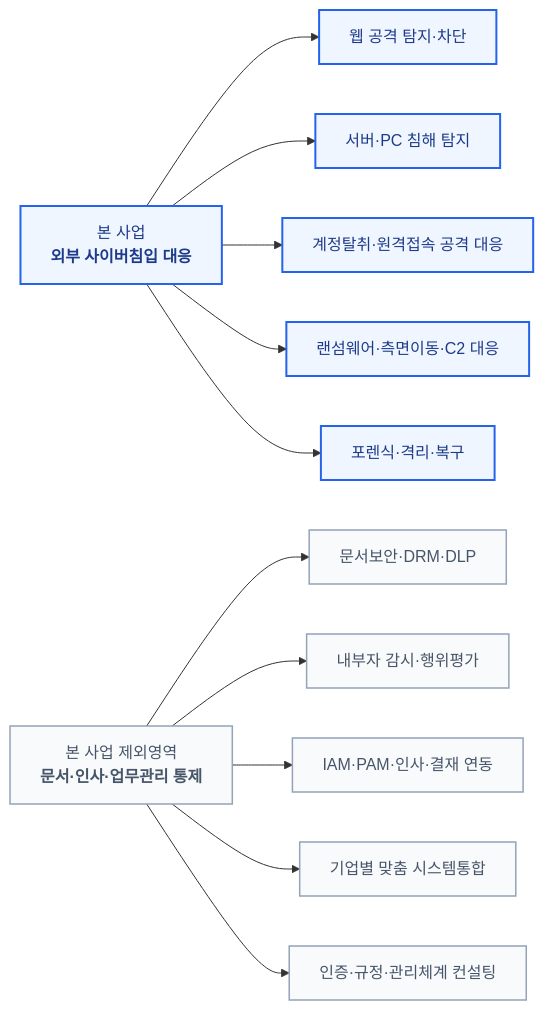
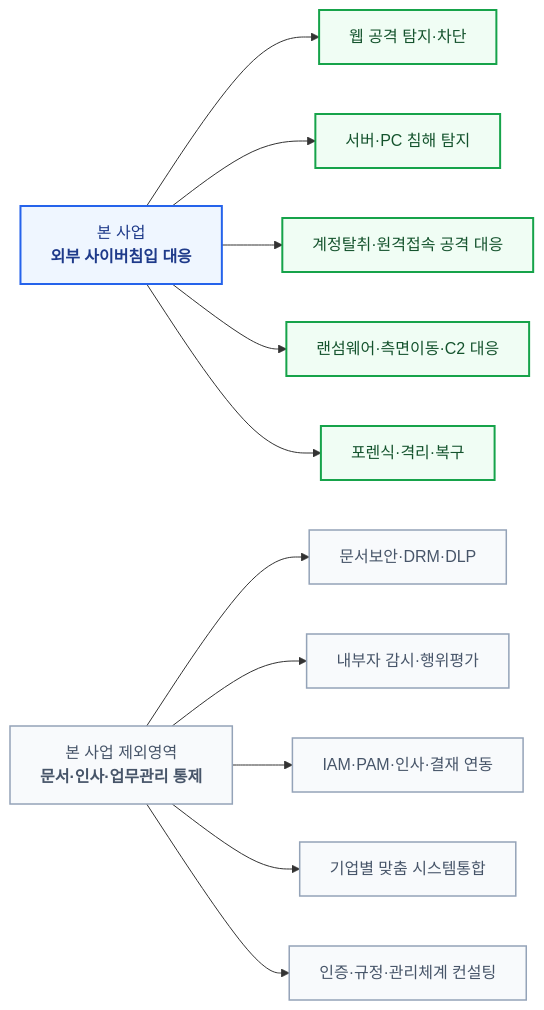
Before and after one commit to qubitsec/plura: the first of 8 diagrams in ko/proposal/kwater/kwater-full.md, drawn with Mermaid. The commit also changed other lines of this file, not shown here.

````diff
--- a/ko/proposal/kwater/kwater-full.md
+++ b/ko/proposal/kwater/kwater-full.md
@@ -118,22 +118,24 @@
 ```mermaid
 flowchart LR
     A["본 사업<br/><b>외부 사이버침입 대응</b>"]
     A --> B["웹 공격 탐지·차단"]
     A --> C["서버·PC 침해 탐지"]
     A --> D["계정탈취·원격접속 공격 대응"]
     A --> E["랜섬웨어·측면이동·C2 대응"]
     A --> F["포렌식·격리·복구"]
 
     G["본 사업 제외영역<br/><b>문서·인사·업무관리 통제</b>"]
     G --> H["문서보안·DRM·DLP"]
     G --> I["내부자 감시·행위평가"]
     G --> J["IAM·PAM·인사·결재 연동"]
     G --> K["기업별 맞춤 시스템통합"]
     G --> L["인증·규정·관리체계 컨설팅"]
 
-    classDef cyber fill:#eff6ff,stroke:#2563eb,stroke-width:2px,color:#1e3a8a;
+    classDef policy fill:#eff6ff,stroke:#2563eb,stroke-width:2px,color:#1e3a8a;
+    classDef response fill:#f0fdf4,stroke:#16a34a,stroke-width:2px,color:#14532d;
     classDef excluded fill:#f8fafc,stroke:#94a3b8,stroke-width:1.5px,color:#475569;
 
-    class A,B,C,D,E,F cyber;
+    class A policy;
+    class B,C,D,E,F response;
     class G,H,I,J,K,L excluded;
 ```
````
